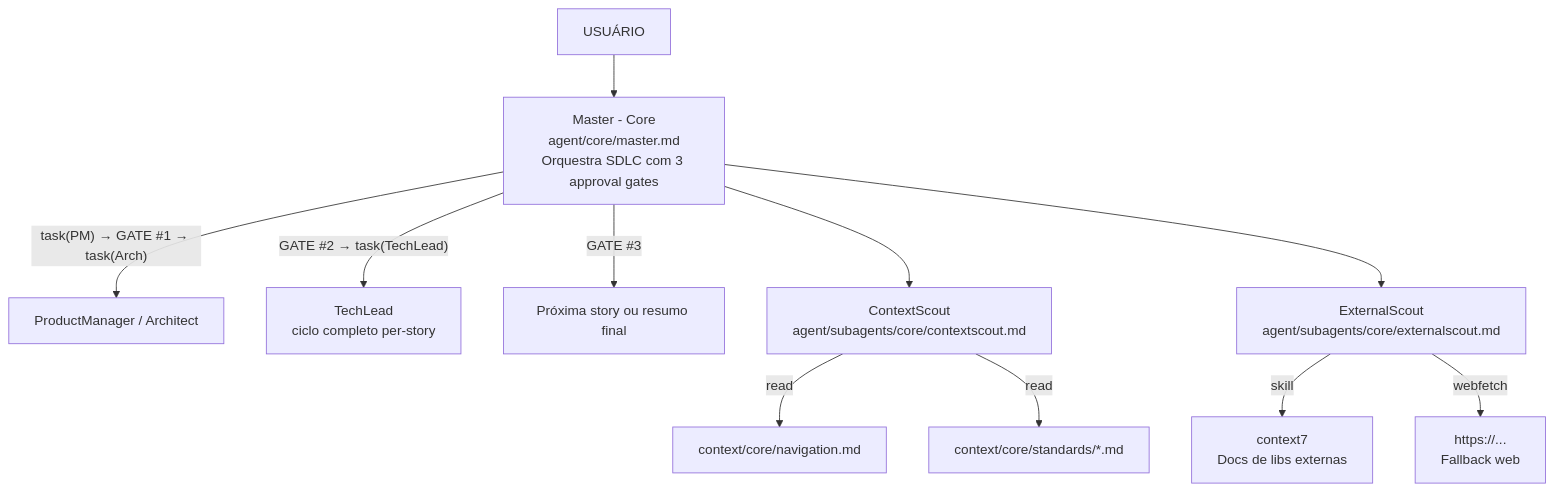
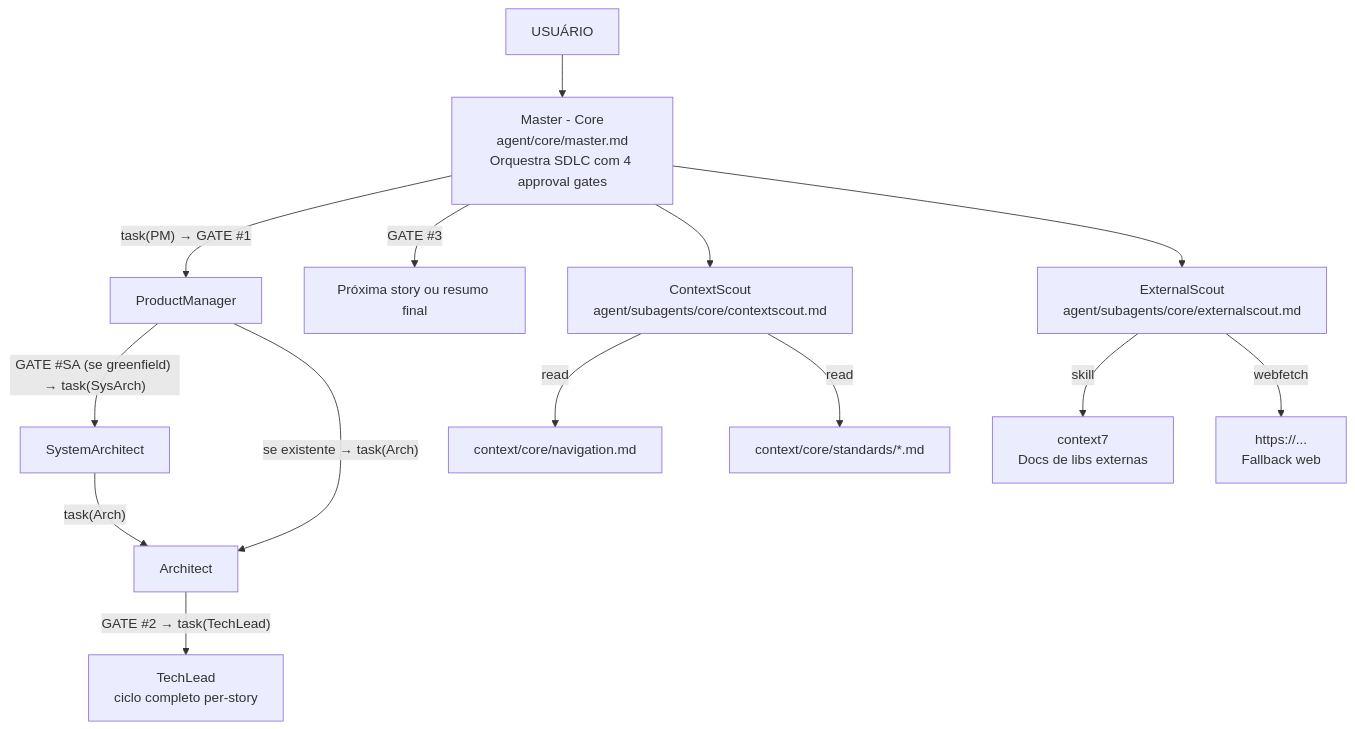
The first of 4 diagrams in docs/CONNECTIONS_AND_EXTENSIONS.md (dgofreitas/opencode-workflow), drawn with Mermaid before and after one commit. The commit also changed other lines of this file and 14 other files, not shown here.

````diff
--- a/docs/CONNECTIONS_AND_EXTENSIONS.md
+++ b/docs/CONNECTIONS_AND_EXTENSIONS.md
@@ -9,18 +9,21 @@
 ```mermaid
 graph TD
     User["USUÁRIO"] --> OA
 
-    OA["Master - Core<br/>agent/core/master.md<br/>Orquestra SDLC com 3 approval gates"]
+    OA["Master - Core<br/>agent/core/master.md<br/>Orquestra SDLC com 4 approval gates"]
 
-    OA -->|"task(PM) → GATE #1 → task(Arch)"| PM_Arch["ProductManager / Architect"]
-    OA -->|"GATE #2 → task(TechLead)"| TL["TechLead<br/>ciclo completo per-story"]
+    OA -->|"task(PM) → GATE #1"| PM["ProductManager"]
+    PM -->|"GATE #SA (se greenfield) → task(SysArch)"| SA["SystemArchitect"]
+    SA -->|"task(Arch)"| Arch["Architect"]
+    PM -->|"se existente → task(Arch)"| Arch
+    Arch -->|"GATE #2 → task(TechLead)"| TL["TechLead<br/>ciclo completo per-story"]
     OA -->|"GATE #3"| Next["Próxima story ou resumo final"]
     OA --> CS["ContextScout<br/>agent/subagents/core/contextscout.md"]
     OA --> ES["ExternalScout<br/>agent/subagents/core/externalscout.md"]
 
     CS -->|read| Nav["context/core/navigation.md"]
     CS -->|read| Std["context/core/standards/*.md"]
 
     ES -->|skill| C7["context7<br/>Docs de libs externas"]
     ES -->|webfetch| Web["https://...<br/>Fallback web"]
 ```
````
